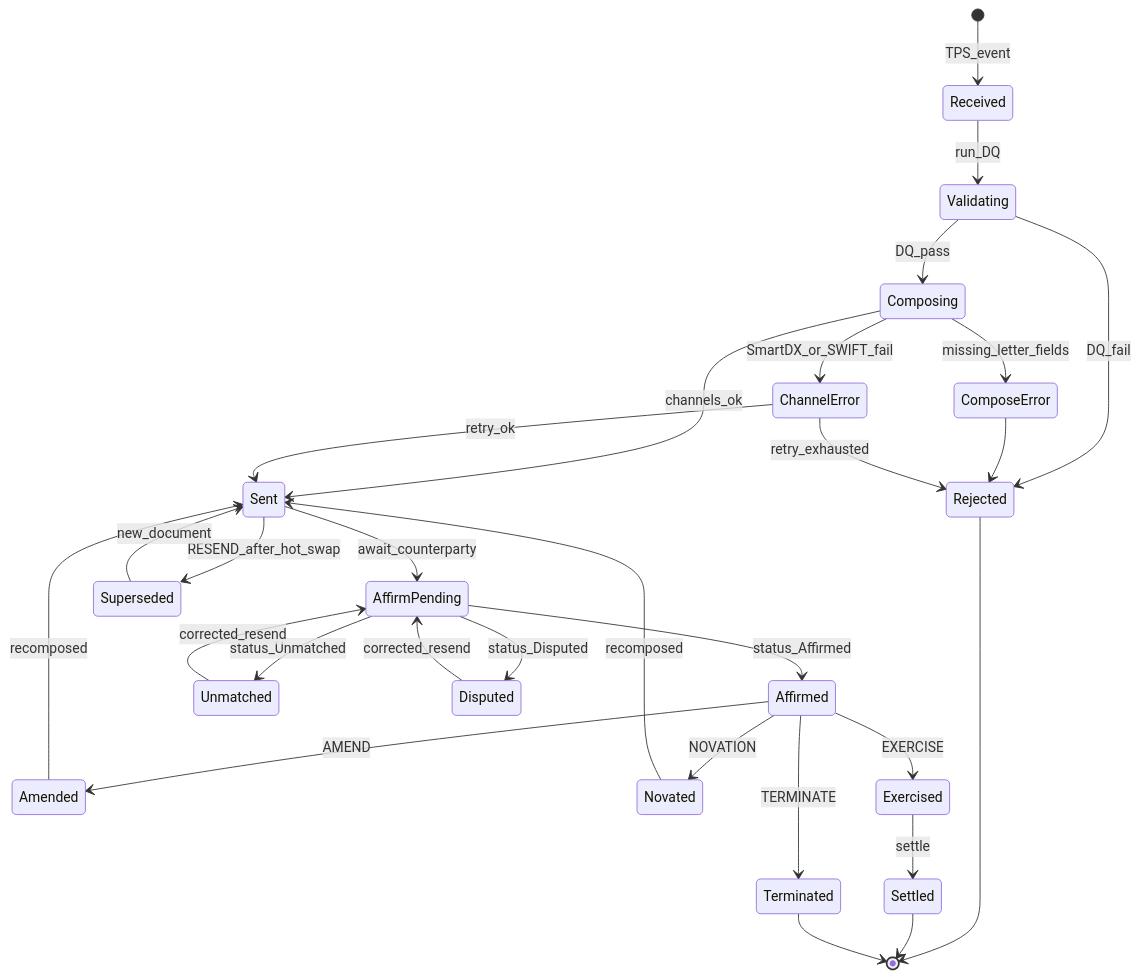
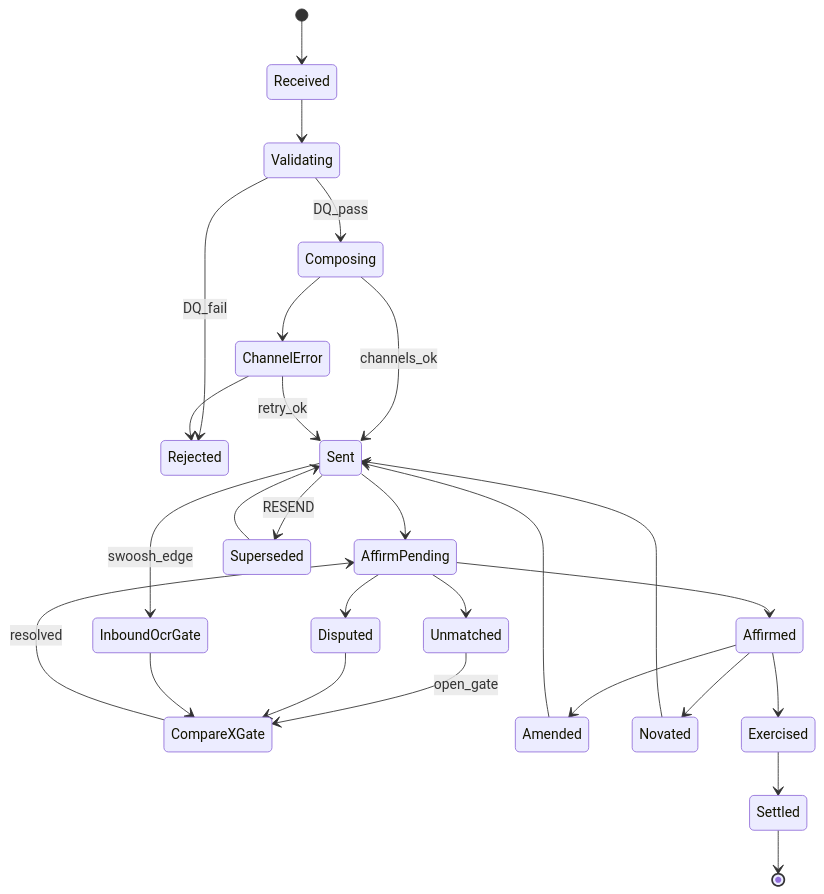
Before and after one commit to dae-nan/con4m8ions: the eighth of 15 diagrams in docs/prd-cdu-ps-v1.md, drawn with Mermaid. The commit also changed other lines of this file and 6 other files, not shown here.

First line of the commit message:
PRD v1.3: target arch, DDD, timeline, TemplatePackage LDM

````diff
--- a/docs/prd-cdu-ps-v1.md
+++ b/docs/prd-cdu-ps-v1.md
@@ -384,31 +478,29 @@
 ```mermaid
 stateDiagram-v2
-  [*] --> Received: TPS_event
-  Received --> Validating: run_DQ
+  [*] --> Received
+  Received --> Validating
   Validating --> Rejected: DQ_fail
-  Rejected --> [*]
   Validating --> Composing: DQ_pass
-  Composing --> ComposeError: missing_letter_fields
-  ComposeError --> Rejected
   Composing --> Sent: channels_ok
-  Composing --> ChannelError: SmartDX_or_SWIFT_fail
+  Composing --> ChannelError
   ChannelError --> Sent: retry_ok
-  ChannelError --> Rejected: retry_exhausted
-  Sent --> AffirmPending: await_counterparty
-  AffirmPending --> Affirmed: status_Affirmed
-  AffirmPending --> Unmatched: status_Unmatched
-  AffirmPending --> Disputed: status_Disputed
-  Unmatched --> AffirmPending: corrected_resend
-  Disputed --> AffirmPending: corrected_resend
-  Affirmed --> Amended: AMEND
-  Amended --> Sent: recomposed
-  Affirmed --> Novated: NOVATION
-  Novated --> Sent: recomposed
-  Affirmed --> Exercised: EXERCISE
-  Affirmed --> Terminated: TERMINATE
-  Exercised --> Settled: settle
+  ChannelError --> Rejected
+  Sent --> AffirmPending
+  AffirmPending --> Affirmed
+  AffirmPending --> Unmatched
+  AffirmPending --> Disputed
+  Unmatched --> CompareXGate: open_gate
+  Disputed --> CompareXGate
+  CompareXGate --> AffirmPending: resolved
+  Affirmed --> Amended
+  Amended --> Sent
+  Affirmed --> Novated
+  Novated --> Sent
+  Affirmed --> Exercised
+  Exercised --> Settled
   Settled --> [*]
-  Terminated --> [*]
-  Sent --> Superseded: RESEND_after_hot_swap
-  Superseded --> Sent: new_document
+  Sent --> Superseded: RESEND
+  Superseded --> Sent
+  Sent --> InboundOcrGate: swoosh_edge
+  InboundOcrGate --> CompareXGate
 ```
````
